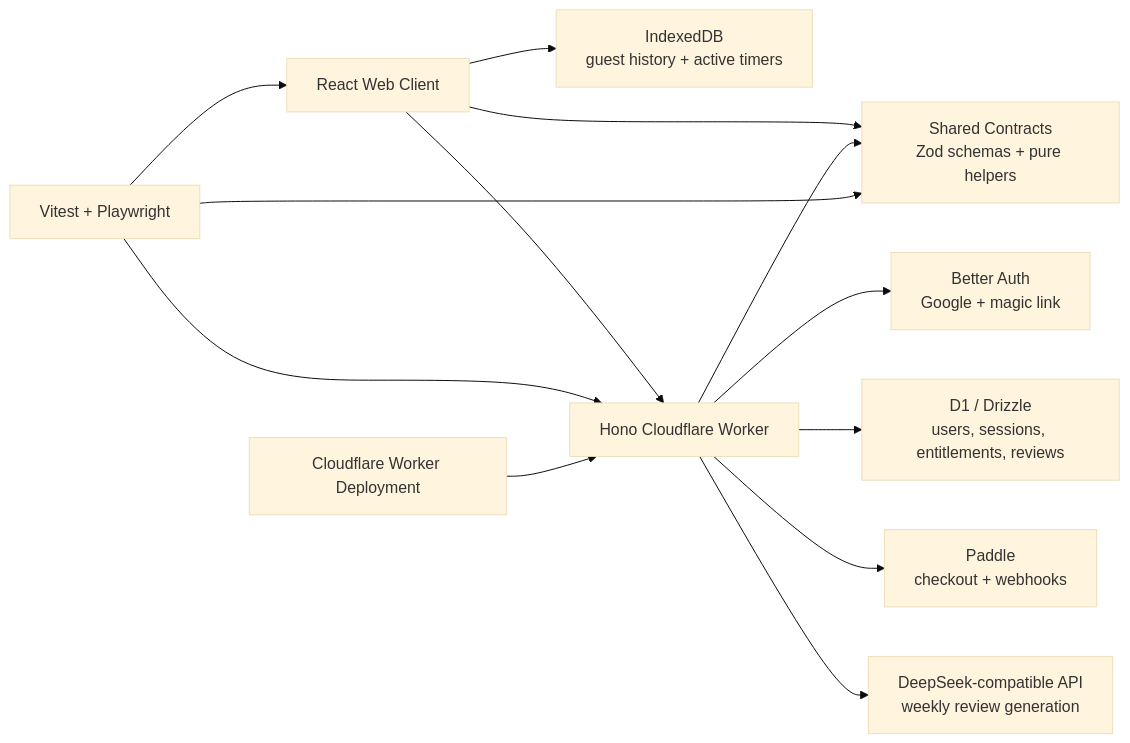
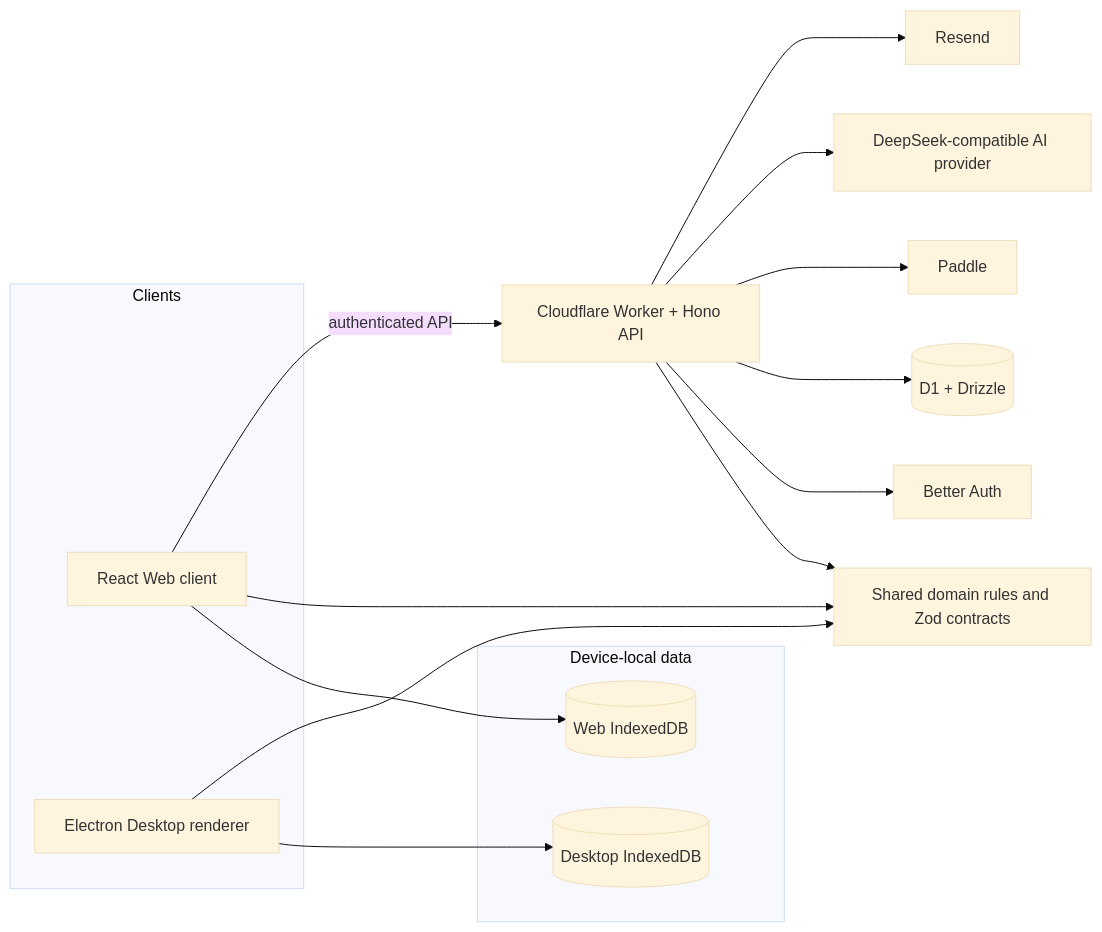
Before and after one commit to Yates3/IntentHour: the diagram in README.md, drawn with Mermaid (base theme). The commit also changed other lines of this file and 83 other files, not shown here.

Commit message:
feat: add Windows desktop client and complete project showcase

````diff
--- a/README.md
+++ b/README.md
@@ -81,26 +81,32 @@
 ```mermaid
 flowchart LR
-  Browser["React Web Client"]
-  IndexedDB["IndexedDB<br/>guest history + active timers"]
-  Shared["Shared Contracts<br/>Zod schemas + pure helpers"]
-  Worker["Hono Cloudflare Worker"]
-  Auth["Better Auth<br/>Google + magic link"]
-  D1["D1 / Drizzle<br/>users, sessions, entitlements, reviews"]
-  Paddle["Paddle<br/>checkout + webhooks"]
-  DeepSeek["DeepSeek-compatible API<br/>weekly review generation"]
-  Tests["Vitest + Playwright"]
-  Deploy["Cloudflare Worker Deployment"]
+  subgraph Clients
+    Web["React Web client"]
+    Desktop["Electron Desktop renderer"]
+  end
 
-  Browser --> IndexedDB
-  Browser --> Shared
-  Browser --> Worker
+  subgraph Local["Device-local data"]
+    WebDB[("Web IndexedDB")]
+    DesktopDB[("Desktop IndexedDB")]
+  end
+
+  Shared["Shared domain rules and Zod contracts"]
+  Worker["Cloudflare Worker + Hono API"]
+  Auth["Better Auth"]
+  D1[("D1 + Drizzle")]
+  Paddle["Paddle"]
+  AI["DeepSeek-compatible AI provider"]
+  Resend["Resend"]
+
+  Web --> WebDB
+  Desktop --> DesktopDB
+  Web --> Shared
+  Desktop --> Shared
   Worker --> Shared
+  Web -->|authenticated API| Worker
   Worker --> Auth
   Worker --> D1
   Worker --> Paddle
-  Worker --> DeepSeek
-  Tests --> Browser
-  Tests --> Worker
-  Tests --> Shared
-  Deploy --> Worker
+  Worker --> AI
+  Worker --> Resend
 ```
````
